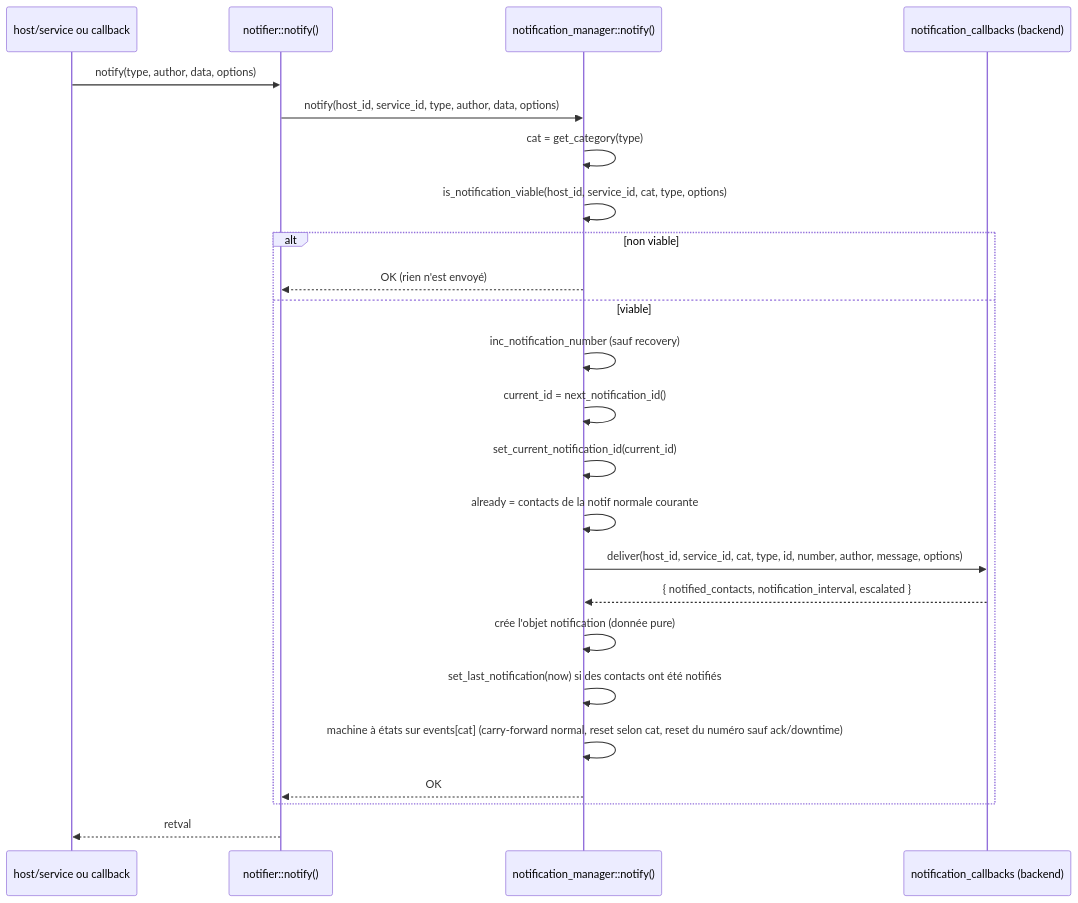
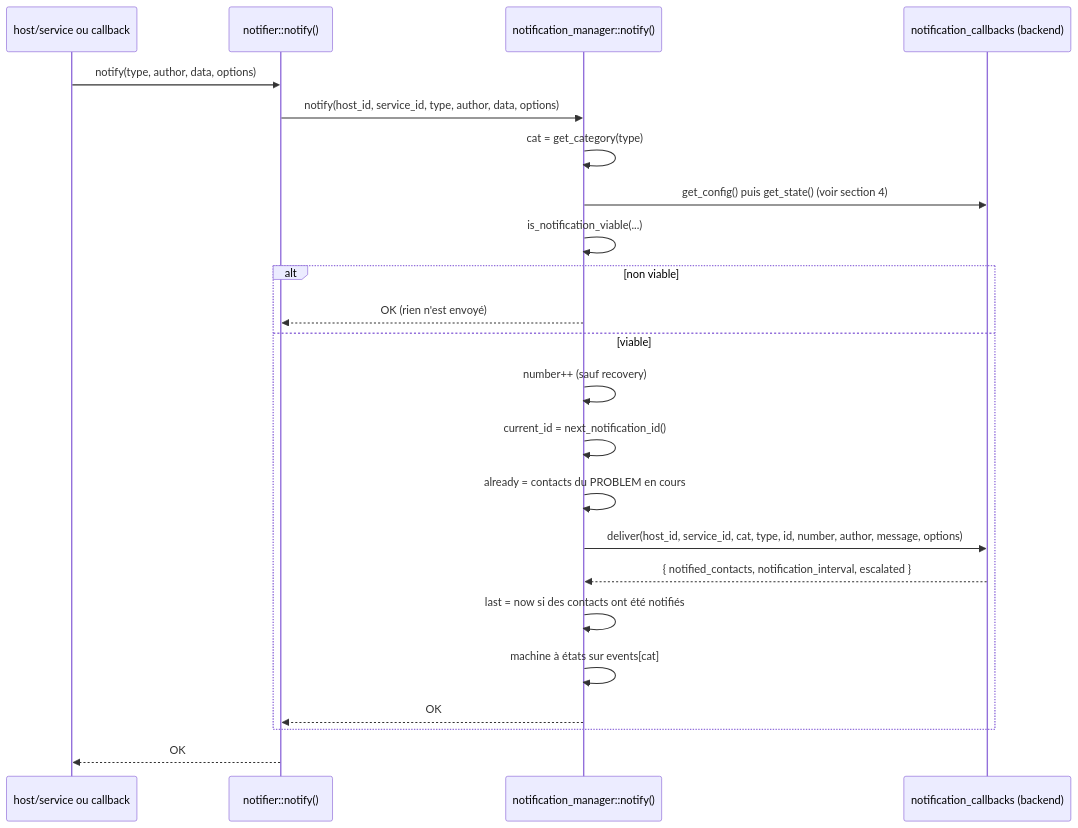
Before and after one commit to centreon/centreon-collect: the second of 5 diagrams in doc/notifications-fr.md, drawn with Mermaid. The commit also changed other lines of this file and 1 other file, not shown here.

Commit message:
doc(notifications): the notifications documentation describes the current code

````diff
--- a/doc/notifications-fr.md
+++ b/doc/notifications-fr.md
@@ -510,27 +128,26 @@
 ```mermaid
 sequenceDiagram
     participant SRC as host/service ou callback
     participant NF as notifier::notify()
     participant NM as notification_manager::notify()
     participant CB as notification_callbacks (backend)
 
     SRC->>NF: notify(type, author, data, options)
     NF->>NM: notify(host_id, service_id, type, author, data, options)
     NM->>NM: cat = get_category(type)
-    NM->>NM: is_notification_viable(host_id, service_id, cat, type, options)
+    NM->>CB: get_config() puis get_state() (voir section 4)
+    NM->>NM: is_notification_viable(...)
     alt non viable
         NM-->>NF: OK (rien n'est envoyé)
     else viable
-        NM->>NM: inc_notification_number (sauf recovery)
+        NM->>NM: number++ (sauf recovery)
         NM->>NM: current_id = next_notification_id()
-        NM->>NM: set_current_notification_id(current_id)
-        NM->>NM: already = contacts de la notif normale courante
+        NM->>NM: already = contacts du PROBLEM en cours
         NM->>CB: deliver(host_id, service_id, cat, type, id, number, author, message, options)
         CB-->>NM: { notified_contacts, notification_interval, escalated }
-        NM->>NM: crée l'objet notification (donnée pure)
-        NM->>NM: set_last_notification(now) si des contacts ont été notifiés
-        NM->>NM: machine à états sur events[cat] (carry-forward normal, reset selon cat, reset du numéro sauf ack/downtime)
+        NM->>NM: last = now si des contacts ont été notifiés
+        NM->>NM: machine à états sur events[cat]
         NM-->>NF: OK
     end
-    NF-->>SRC: retval
+    NF-->>SRC: OK
 ```
````
